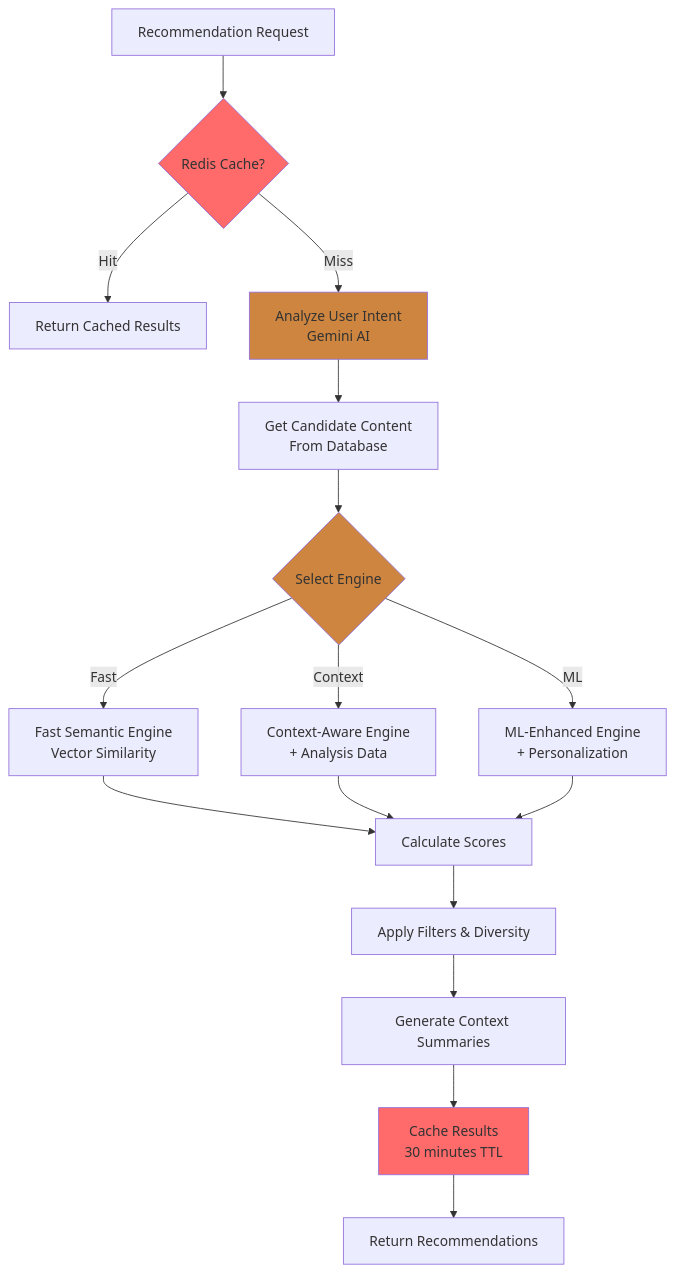
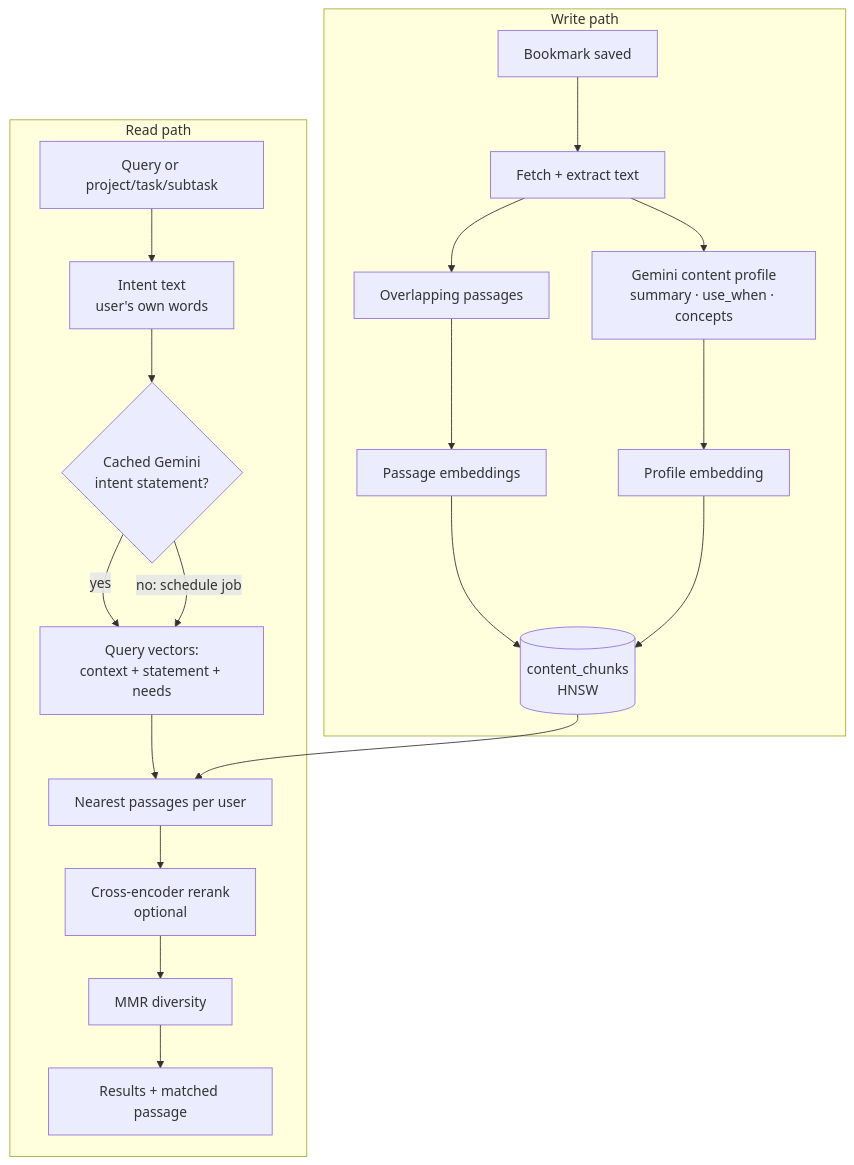
Before and after one commit to Ujjwaljain16/Fuze: diagram 16 of 21 in docs/ARCHITECTURE.md, drawn with Mermaid. The commit also changed other lines of this file and 4 other files, not shown here.

First line of the commit message:
docs: document the intent x content engine and its benchmark results

````diff
--- a/docs/ARCHITECTURE.md
+++ b/docs/ARCHITECTURE.md
@@ -992,28 +994,23 @@
 ```mermaid
 graph TB
-    Request[Recommendation Request] --> CheckCache{Redis Cache?}
-    
-    CheckCache -->|Hit| ReturnCached[Return Cached Results]
-    CheckCache -->|Miss| AnalyzeIntent[Analyze User Intent<br/>Gemini AI]
-    
-    AnalyzeIntent --> GetCandidates[Get Candidate Content<br/>From Database]
-    GetCandidates --> SelectEngine{Select Engine}
-    
-    SelectEngine -->|Fast| FastEngine[Fast Semantic Engine<br/>Vector Similarity]
-    SelectEngine -->|Context| ContextEngine[Context-Aware Engine<br/>+ Analysis Data]
-    SelectEngine -->|ML| MLEngine[ML-Enhanced Engine<br/>+ Personalization]
-    
-    FastEngine --> CalculateScores[Calculate Scores]
-    ContextEngine --> CalculateScores
-    MLEngine --> CalculateScores
-    
-    CalculateScores --> ApplyFilters[Apply Filters & Diversity]
-    ApplyFilters --> GenerateSummaries[Generate Context Summaries]
-    GenerateSummaries --> CacheResults[Cache Results<br/>30 minutes TTL]
-    CacheResults --> ReturnResults[Return Recommendations]
-    
-    style CheckCache fill:#ff6b6b
-    style AnalyzeIntent fill:#cd853f
-    style SelectEngine fill:#cd853f
-    style CacheResults fill:#ff6b6b
+    subgraph Write path
+        Save[Bookmark saved] --> Acquire[Fetch + extract text]
+        Acquire --> Chunk[Overlapping passages]
+        Chunk --> PEmb[Passage embeddings]
+        Acquire --> Profile[Gemini content profile<br/>summary · use_when · concepts]
+        Profile --> ProfEmb[Profile embedding]
+        PEmb --> Chunks[(content_chunks<br/>HNSW)]
+        ProfEmb --> Chunks
+    end
+    subgraph Read path
+        Req[Query or project/task/subtask] --> Ctx[Intent text<br/>user's own words]
+        Ctx --> Stmt{Cached Gemini<br/>intent statement?}
+        Stmt -->|yes| Multi[Query vectors:<br/>context + statement + needs]
+        Stmt -->|no: schedule job| Multi
+        Multi --> ANN[Nearest passages per user]
+        Chunks --> ANN
+        ANN --> Rerank[Cross-encoder rerank<br/>optional]
+        Rerank --> MMR[MMR diversity]
+        MMR --> Out[Results + matched passage]
+    end
 ```
````
